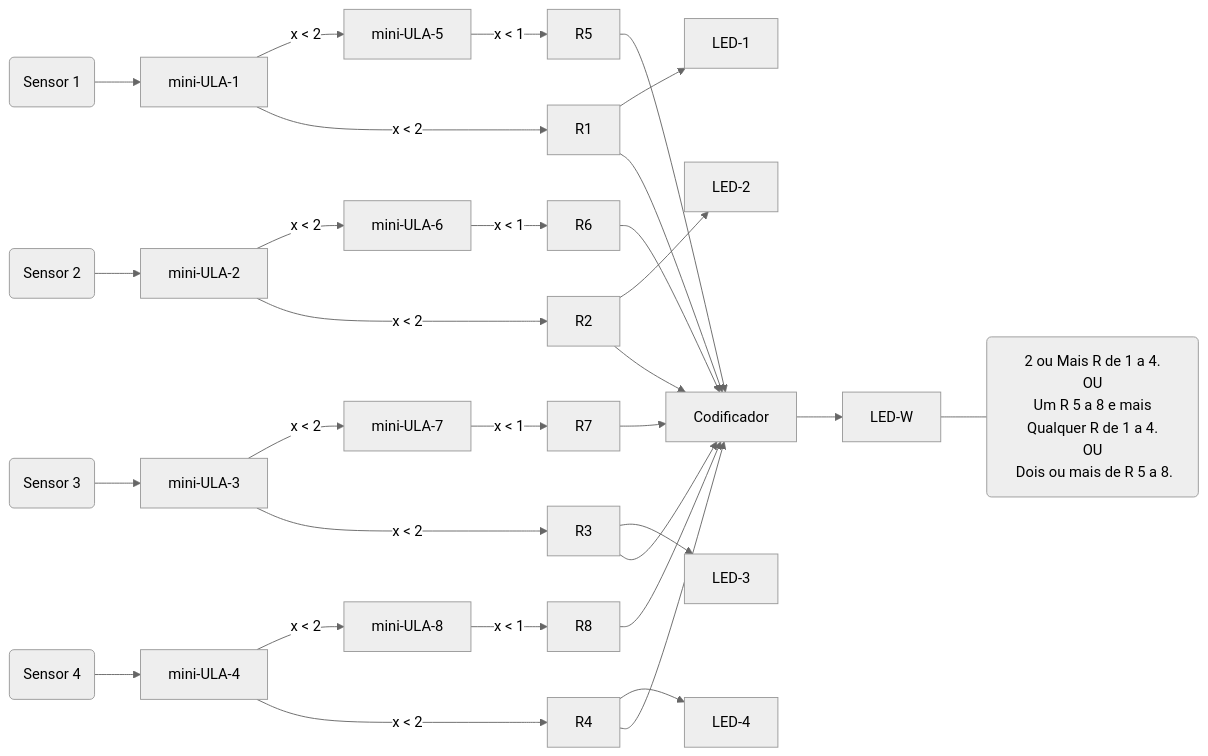
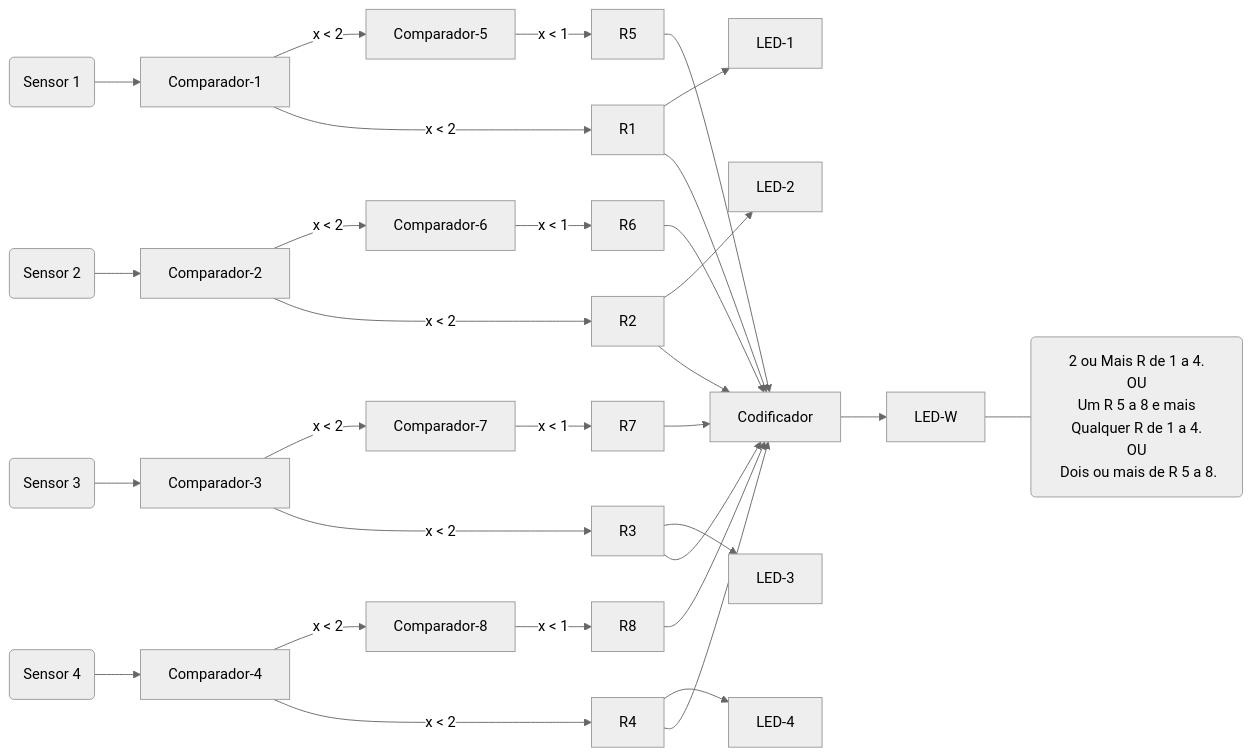
Before and after one commit to Enzo0100/Solar-Quality: the second of 2 diagrams in README.md, drawn with Mermaid (neutral theme). The commit also changed other lines of this file, not shown here.

````diff
--- a/README.md
+++ b/README.md
@@ -82,33 +82,33 @@
 ```mermaid
 graph LR; 
-sensorA(Sensor 1)-->mini-ULA-1
-sensorB(Sensor 2)-->mini-ULA-2
-sensorC(Sensor 3)-->mini-ULA-3
-sensorD(Sensor 4)-->mini-ULA-4
-mini-ULA-1-->|x < 2|mini-ULA-5
-mini-ULA-2-->|x < 2|mini-ULA-6
-mini-ULA-3-->|x < 2|mini-ULA-7
-mini-ULA-4-->|x < 2|mini-ULA-8
-mini-ULA-1-->|x < 2|R1
-mini-ULA-2-->|x < 2|R2
-mini-ULA-3-->|x < 2|R3
-mini-ULA-4-->|x < 2|R4
-mini-ULA-5-->|x < 1|R5
-mini-ULA-6-->|x < 1|R6
-mini-ULA-7-->|x < 1|R7
-mini-ULA-8-->|x < 1|R8
+sensorA(Sensor 1)-->Comparador-1
+sensorB(Sensor 2)-->Comparador-2
+sensorC(Sensor 3)-->Comparador-3
+sensorD(Sensor 4)-->Comparador-4
+Comparador-1-->|x < 2|Comparador-5
+Comparador-2-->|x < 2|Comparador-6
+Comparador-3-->|x < 2|Comparador-7
+Comparador-4-->|x < 2|Comparador-8
+Comparador-1-->|x < 2|R1
+Comparador-2-->|x < 2|R2
+Comparador-3-->|x < 2|R3
+Comparador-4-->|x < 2|R4
+Comparador-5-->|x < 1|R5
+Comparador-6-->|x < 1|R6
+Comparador-7-->|x < 1|R7
+Comparador-8-->|x < 1|R8
 R1-->LED-1
 R2-->LED-2
 R3-->LED-3
 R4-->LED-4
 R1-->Codificador
 R2-->Codificador
 R3-->Codificador
 R4-->Codificador
 R5-->Codificador
 R6-->Codificador
 R7-->Codificador
 R8-->Codificador
 Codificador-->LED-W
 LED-W---led(2 ou Mais R de 1 a 4.\nOU\n Um R 5 a 8 e mais Qualquer R de 1 a 4.\nOU\n Dois ou mais de R 5 a 8.)
 ```
````
